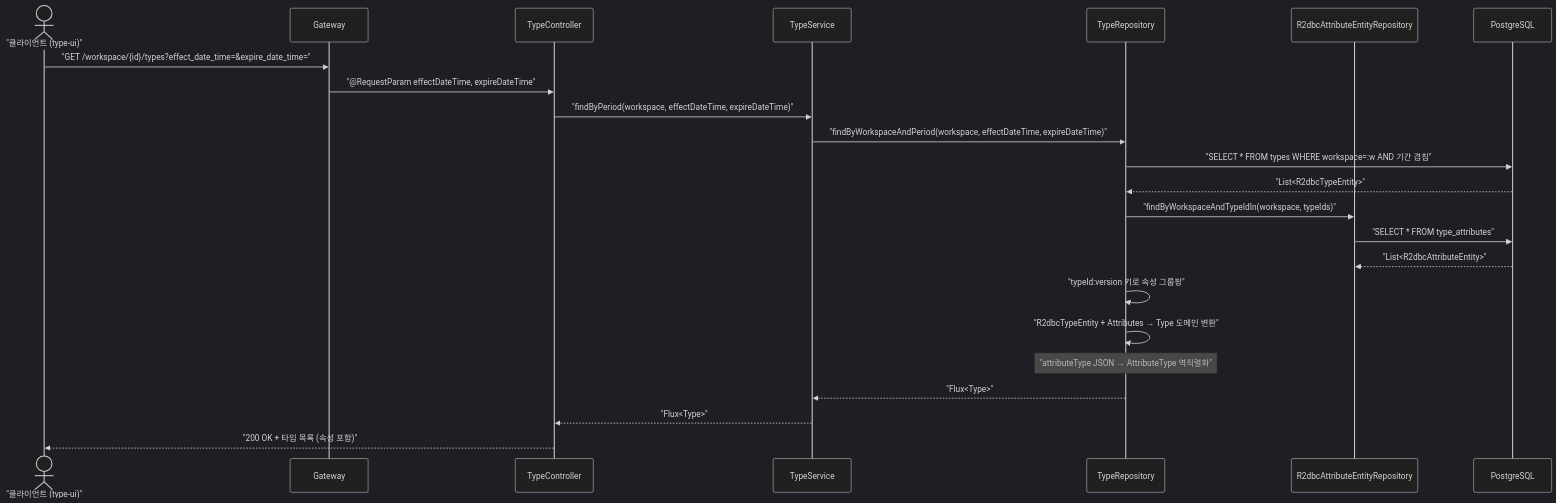
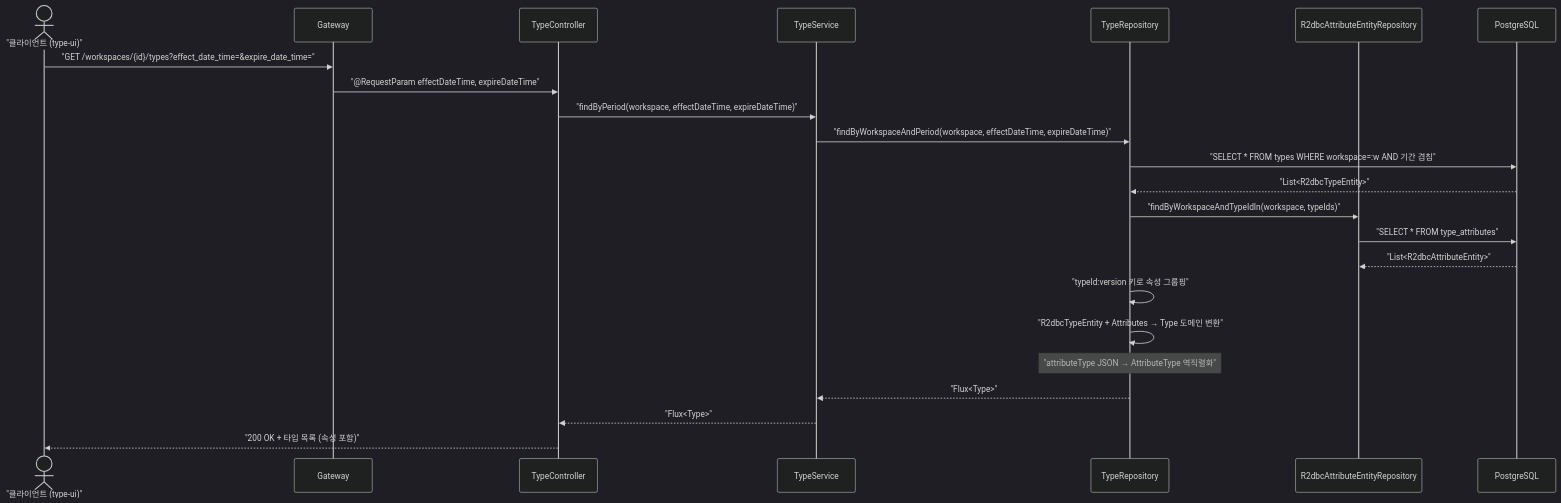
Before and after one commit to sayaya1090/handbook: the fourth of 4 diagrams in type-command/USECASE.md, drawn with Mermaid (dark theme). The commit also changed other lines of this file and 58 other files, not shown here.

````diff
--- a/type-command/USECASE.md
+++ b/type-command/USECASE.md
@@ -105,26 +105,26 @@
 ```mermaid
 sequenceDiagram
     actor Client as "클라이언트 (type-ui)"
     participant GW as Gateway
     participant Ctrl as TypeController
     participant Svc as TypeService
     participant Repo as TypeRepository
     participant AttrRepo as R2dbcAttributeEntityRepository
     participant DB as PostgreSQL
 
-    Client->>GW: "GET /workspace/{id}/types?effect_date_time=&expire_date_time="
+    Client->>GW: "GET /workspaces/{id}/types?effect_date_time=&expire_date_time="
     GW->>Ctrl: "@RequestParam effectDateTime, expireDateTime"
     Ctrl->>Svc: "findByPeriod(workspace, effectDateTime, expireDateTime)"
     Svc->>Repo: "findByWorkspaceAndPeriod(workspace, effectDateTime, expireDateTime)"
     Repo->>DB: "SELECT * FROM types WHERE workspace=:w AND 기간 겹침"
     DB-->>Repo: "List<R2dbcTypeEntity>"
     Repo->>AttrRepo: "findByWorkspaceAndTypeIdIn(workspace, typeIds)"
     AttrRepo->>DB: "SELECT * FROM type_attributes"
     DB-->>AttrRepo: "List<R2dbcAttributeEntity>"
     Repo->>Repo: "typeId:version 키로 속성 그룹핑"
     Repo->>Repo: "R2dbcTypeEntity + Attributes → Type 도메인 변환"
     Note over Repo: "attributeType JSON → AttributeType 역직렬화"
     Repo-->>Svc: "Flux<Type>"
     Svc-->>Ctrl: "Flux<Type>"
     Ctrl-->>Client: "200 OK + 타입 목록 (속성 포함)"
 ```
````
